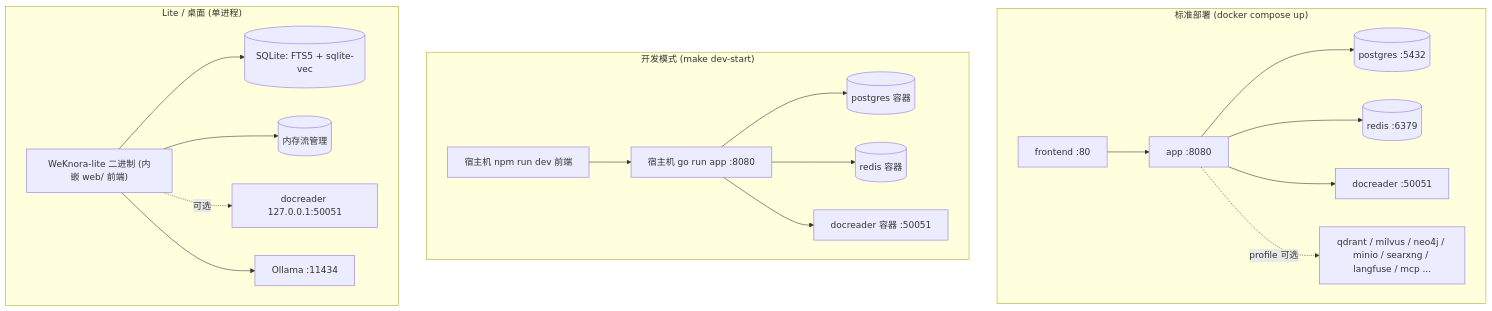
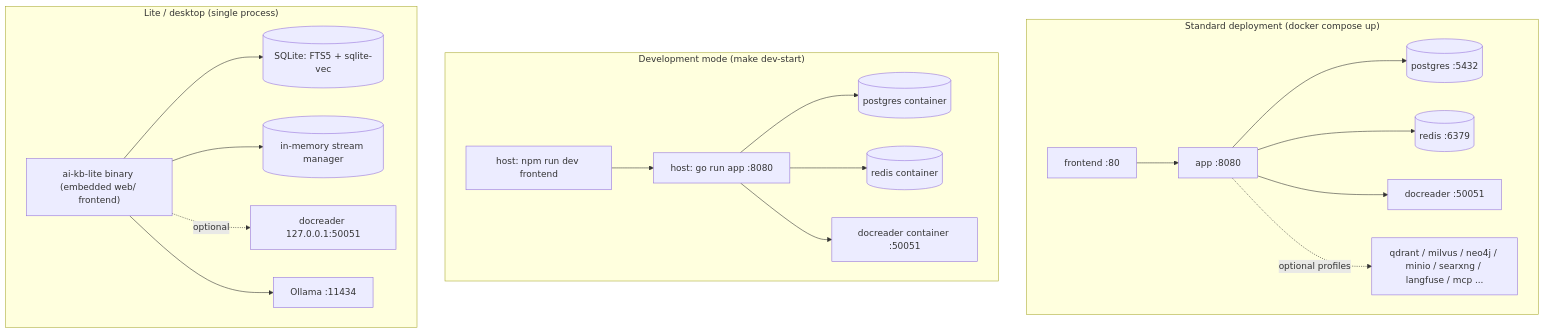
The first of 2 diagrams in website-docs/01-getting-started/02-installation.md (jrmatherly/ai-kb), drawn with Mermaid before and after one commit. The commit also changed other lines of this file and 17 other files, not shown here.

````diff
--- a/website-docs/01-getting-started/02-installation.md
+++ b/website-docs/01-getting-started/02-installation.md
@@ -15,23 +15,23 @@
 ```mermaid
 flowchart TB
-    subgraph prod["标准部署 (docker compose up)"]
+    subgraph prod["Standard deployment (docker compose up)"]
         FE1["frontend :80"] --> APP1["app :8080"]
         APP1 --> PG1[("postgres :5432")]
         APP1 --> RD1[("redis :6379")]
         APP1 --> DR1["docreader :50051"]
-        APP1 -. "profile 可选" .-> OPT1["qdrant / milvus / neo4j / minio / searxng / langfuse / mcp ..."]
+        APP1 -. "optional profiles" .-> OPT1["qdrant / milvus / neo4j / minio / searxng / langfuse / mcp ..."]
     end
-    subgraph dev["开发模式 (make dev-start)"]
-        LOCALAPP["宿主机 go run app :8080"] --> PG2[("postgres 容器")]
-        LOCALAPP --> RD2[("redis 容器")]
-        LOCALAPP --> DR2["docreader 容器 :50051"]
-        LOCALFE["宿主机 npm run dev 前端"] --> LOCALAPP
+    subgraph dev["Development mode (make dev-start)"]
+        LOCALAPP["host: go run app :8080"] --> PG2[("postgres container")]
+        LOCALAPP --> RD2[("redis container")]
+        LOCALAPP --> DR2["docreader container :50051"]
+        LOCALFE["host: npm run dev frontend"] --> LOCALAPP
     end
-    subgraph lite["Lite / 桌面 (单进程)"]
-        BIN["WeKnora-lite 二进制 (内嵌 web/ 前端)"]
+    subgraph lite["Lite / desktop (single process)"]
+        BIN["ai-kb-lite binary (embedded web/ frontend)"]
         BIN --> SQLITE[("SQLite: FTS5 + sqlite-vec")]
-        BIN --> MEMQ[("内存流管理")]
-        BIN -. "可选" .-> DR3["docreader 127.0.0.1:50051"]
+        BIN --> MEMQ[("in-memory stream manager")]
+        BIN -. "optional" .-> DR3["docreader 127.0.0.1:50051"]
         BIN --> OLLAMA["Ollama :11434"]
     end
 ```
````
